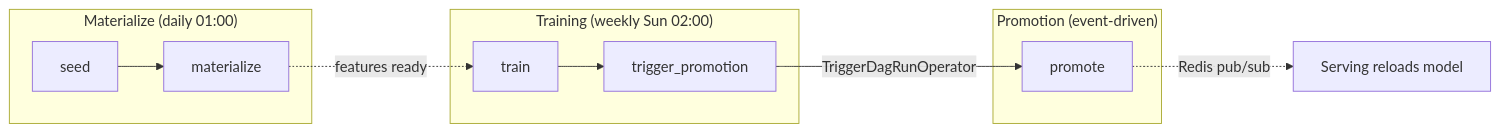
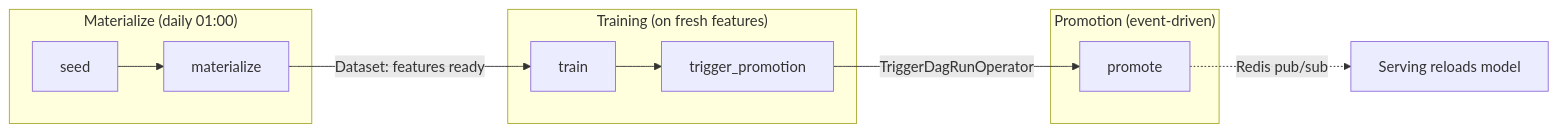
The diagram in airflow/README.md (pierreWagou/vroom-forecast), drawn with Mermaid before and after one commit. The commit also changed other lines of this file and 82 other files, not shown here.

````diff
--- a/airflow/README.md
+++ b/airflow/README.md
@@ -8,18 +8,18 @@
 ```mermaid
 graph LR
     subgraph "Materialize (daily 01:00)"
         S[seed] --> M[materialize]
     end
 
-    subgraph "Training (weekly Sun 02:00)"
+    subgraph "Training (on fresh features)"
         T[train] --> TP[trigger_promotion]
     end
 
     subgraph "Promotion (event-driven)"
         P[promote]
     end
 
-    M -.->|features ready| T
+    M -->|Dataset: features ready| T
     TP -->|TriggerDagRunOperator| P
     P -.->|Redis pub/sub| SRV[Serving reloads model]
 ```
````
